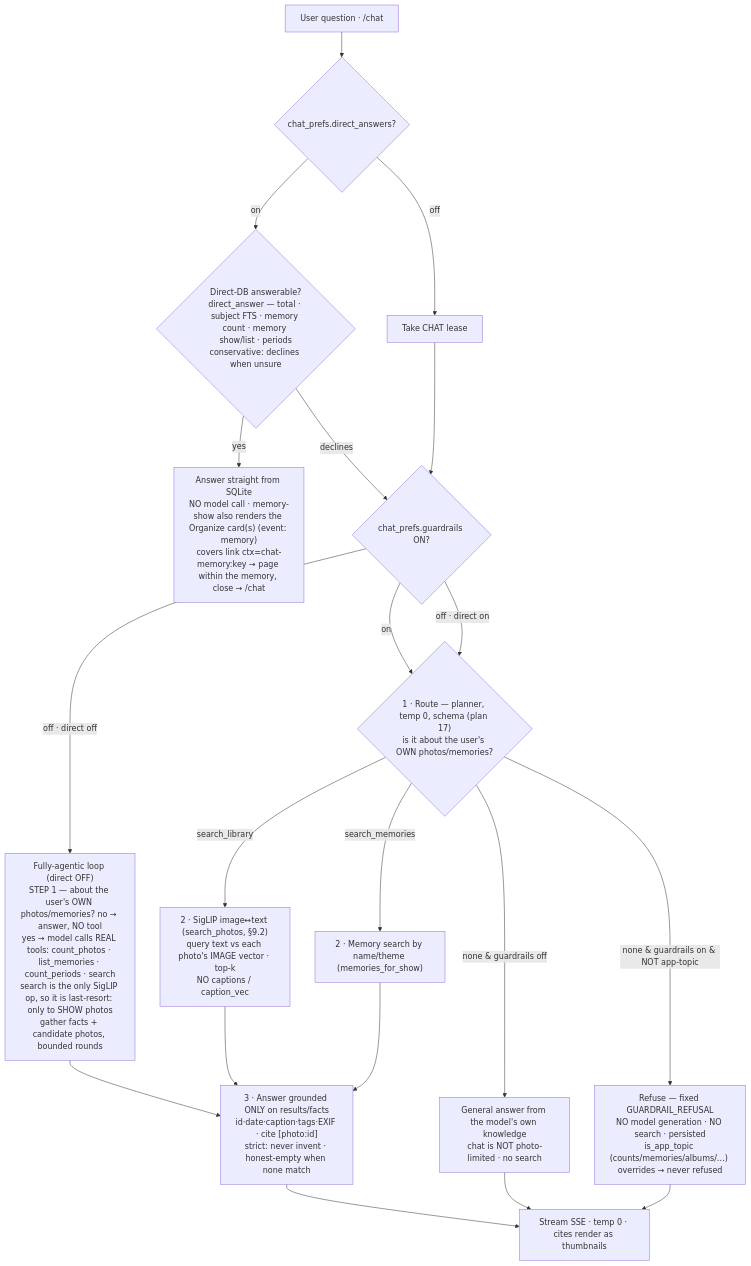
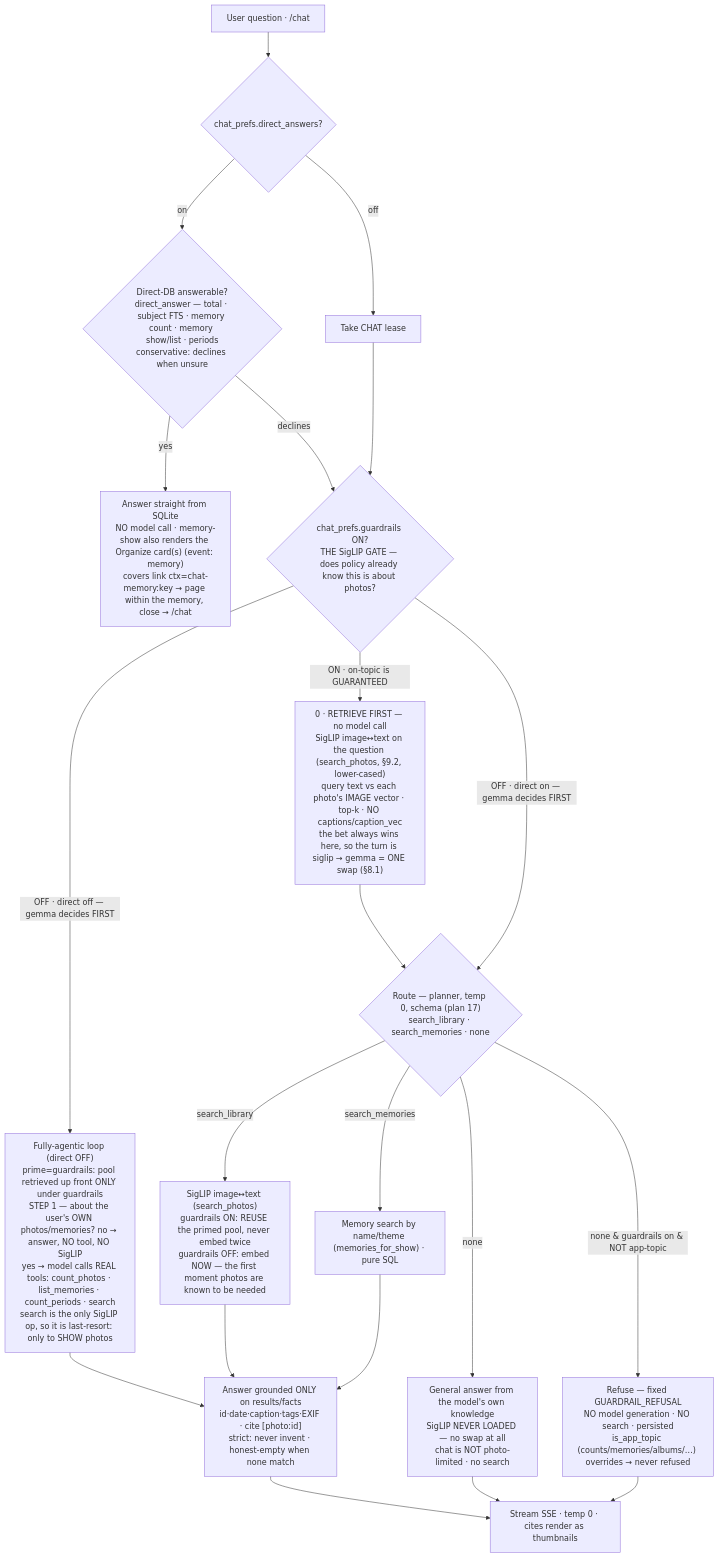
The fifth of 6 diagrams in docs/design.md (sadensmol/ivms777), drawn with Mermaid before and after one commit. The commit also changed other lines of this file and 48 other files, not shown here.

````diff
--- a/docs/design.md
+++ b/docs/design.md
@@ -933,22 +1022,23 @@
 ```mermaid
 flowchart TB
     quest["User question · /chat"] --> dpref{"chat_prefs.direct_answers?"}
     dpref -->|on| direct{"Direct-DB answerable?<br/>direct_answer — total · subject FTS · memory count · memory show/list · periods<br/>conservative: declines when unsure"}
     dpref -->|off| lease2["Take CHAT lease"]
     direct -->|yes| dbans["Answer straight from SQLite<br/>NO model call · memory-show also renders the Organize card(s) (event: memory)<br/>covers link ctx=chat-memory:key → page within the memory, close → /chat"]
-    direct -->|declines| gpre{"chat_prefs.guardrails ON?"}
+    direct -->|declines| gpre{"chat_prefs.guardrails ON?<br/>THE SigLIP GATE — does policy already know this is about photos?"}
     lease2 --> gpre
-    gpre -->|on| route{"1 · Route — planner, temp 0, schema (plan 17)<br/>is it about the user's OWN photos/memories?"}
-    gpre -->|off · direct on| route
-    gpre -->|off · direct off| agentic
+    gpre -->|"ON · on-topic is GUARANTEED"| prime["0 · RETRIEVE FIRST — no model call<br/>SigLIP image↔text on the question (search_photos, §9.2, lower-cased)<br/>query text vs each photo's IMAGE vector · top-k · NO captions/caption_vec<br/>the bet always wins here, so the turn is siglip → gemma = ONE swap (§8.1)"]
+    prime --> route
+    gpre -->|"OFF · direct on — gemma decides FIRST"| route{"Route — planner, temp 0, schema (plan 17)<br/>search_library · search_memories · none"}
+    gpre -->|"OFF · direct off — gemma decides FIRST"| agentic
     route -->|none & guardrails on & NOT app-topic| refuse["Refuse — fixed GUARDRAIL_REFUSAL<br/>NO model generation · NO search · persisted<br/>is_app_topic (counts/memories/albums/…) overrides → never refused"]
-    route -->|search_library| lib["2 · SigLIP image↔text (search_photos, §9.2)<br/>query text vs each photo's IMAGE vector · top-k<br/>NO captions / caption_vec"]
-    route -->|search_memories| mem["2 · Memory search by name/theme (memories_for_show)"]
-    route -->|none & guardrails off| gen["General answer from the model's own knowledge<br/>chat is NOT photo-limited · no search"]
-    agentic["Fully-agentic loop (direct OFF)<br/>STEP 1 — about the user's OWN photos/memories? no → answer, NO tool<br/>yes → model calls REAL tools: count_photos · list_memories · count_periods · search<br/>search is the only SigLIP op, so it is last-resort: only to SHOW photos<br/>gather facts + candidate photos, bounded rounds"] --> ground
-    lib --> ground["3 · Answer grounded ONLY on results/facts<br/>id·date·caption·tags·EXIF · cite [photo:id]<br/>strict: never invent · honest-empty when none match"]
+    route -->|search_library| lib["SigLIP image↔text (search_photos)<br/>guardrails ON: REUSE the primed pool, never embed twice<br/>guardrails OFF: embed NOW — the first moment photos are known to be needed"]
+    route -->|search_memories| mem["Memory search by name/theme (memories_for_show) · pure SQL"]
+    route -->|none| gen["General answer from the model's own knowledge<br/>SigLIP NEVER LOADED — no swap at all<br/>chat is NOT photo-limited · no search"]
+    agentic["Fully-agentic loop (direct OFF)<br/>prime=guardrails: pool retrieved up front ONLY under guardrails<br/>STEP 1 — about the user's OWN photos/memories? no → answer, NO tool, NO SigLIP<br/>yes → model calls REAL tools: count_photos · list_memories · count_periods · search<br/>search is the only SigLIP op, so it is last-resort: only to SHOW photos"] --> ground
+    lib --> ground["Answer grounded ONLY on results/facts<br/>id·date·caption·tags·EXIF · cite [photo:id]<br/>strict: never invent · honest-empty when none match"]
     mem --> ground
     ground --> ans["Stream SSE · temp 0 · cites render as thumbnails"]
     gen --> ans
     refuse --> ans
 ```
````
